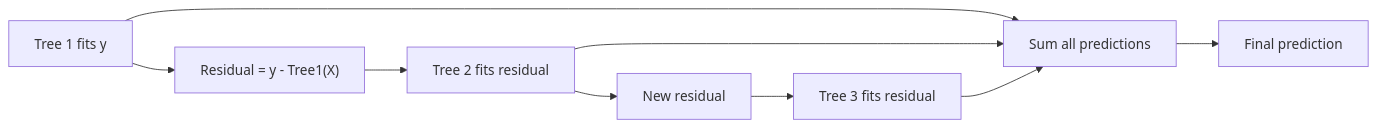
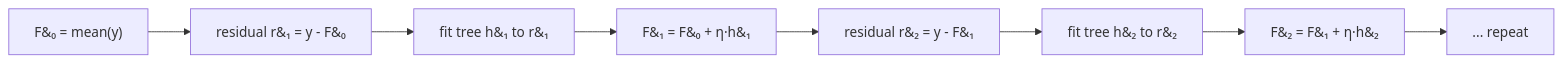
The diagram in src/content/docs/Machine Learning/Phase 05 - Ensemble Learning/Gradient Boosting (XGBoost, LightGBM, CatBoost).mdx (Ravikisha/PythonCentralHub), drawn with Mermaid before and after one commit. The commit also changed other lines of this file and 1327 other files, not shown here.

````diff
--- a/src/content/docs/Machine Learning/Phase 05 - Ensemble Learning/Gradient Boosting (XGBoost, LightGBM, CatBoost).mdx
+++ b/src/content/docs/Machine Learning/Phase 05 - Ensemble Learning/Gradient Boosting (XGBoost, LightGBM, CatBoost).mdx
@@ -34,11 +36,10 @@
-```mermaid title="Gradient boosting: fit the residuals" desc="Each new tree is trained to predict what the current ensemble still gets wrong." 
+```mermaid
 flowchart LR
-  A["Tree 1 fits y"] --> R1["Residual = y - Tree1(X)"]
-  R1 --> B["Tree 2 fits residual"]
-  B --> R2["New residual"]
-  R2 --> C["Tree 3 fits residual"]
-  A --> S["Sum all predictions"]
-  B --> S
-  C --> S
-  S --> P["Final prediction"]
+  F0["F&#8320; = mean(y)"] --> R1["residual r&#8321; = y - F&#8320;"]
+  R1 --> H1["fit tree h&#8321; to r&#8321;"]
+  H1 --> F1["F&#8321; = F&#8320; + &eta;&middot;h&#8321;"]
+  F1 --> R2["residual r&#8322; = y - F&#8321;"]
+  R2 --> H2["fit tree h&#8322; to r&#8322;"]
+  H2 --> F2["F&#8322; = F&#8321; + &eta;&middot;h&#8322;"]
+  F2 --> D["... repeat"]
 ```
````
